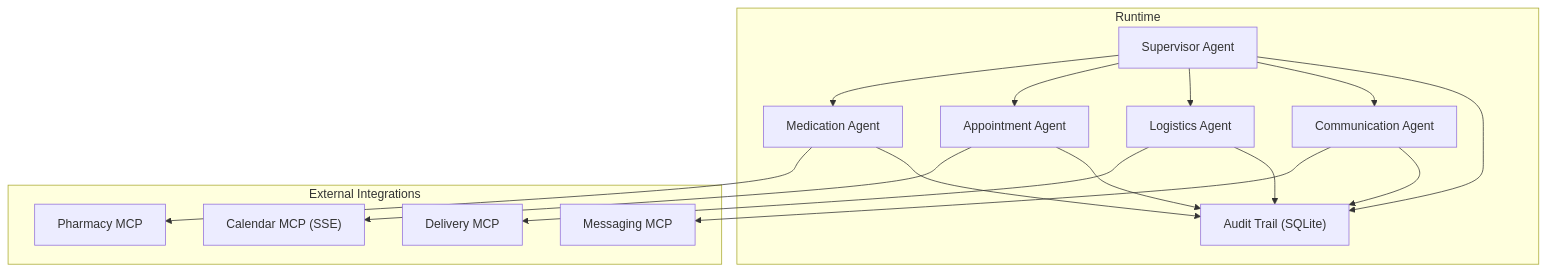
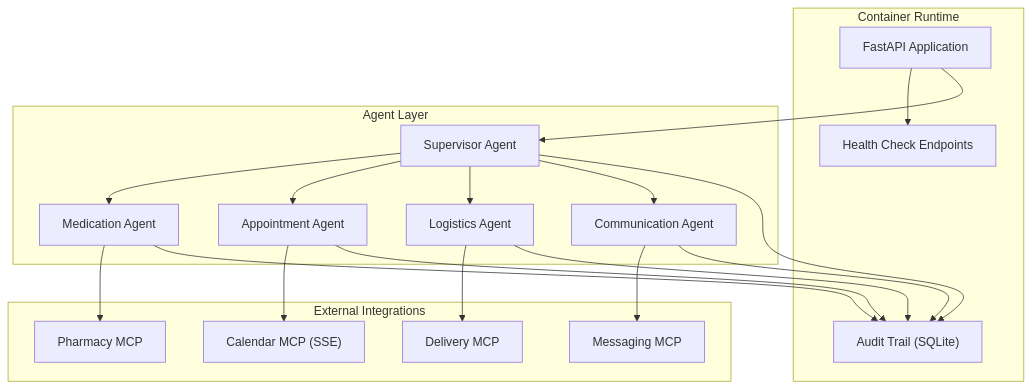
One commit to infamous-rebel/CareBridge changed the second of 4 diagrams in .qoder/repowiki/en/content/Deployment Guide.md. Above: the diagram before and after it, drawn with Mermaid. The commit also changed other lines of this file and 12 other files, not shown here.

````diff
--- a/.qoder/repowiki/en/content/Deployment Guide.md
+++ b/.qoder/repowiki/en/content/Deployment Guide.md
@@ -83,30 +103,36 @@
 ```mermaid
 flowchart TB
-subgraph "Runtime"
+subgraph "Container Runtime"
+APP["FastAPI Application"]
+HEALTH["Health Check Endpoints"]
+AUD["Audit Trail (SQLite)"]
+end
+subgraph "Agent Layer"
 SUP["Supervisor Agent"]
 MED["Medication Agent"]
 APT["Appointment Agent"]
 LOG["Logistics Agent"]
 COM["Communication Agent"]
-AUD["Audit Trail (SQLite)"]
 end
 subgraph "External Integrations"
 PHAR["Pharmacy MCP"]
 MSG["Messaging MCP"]
 DEL["Delivery MCP"]
 CAL["Calendar MCP (SSE)"]
 end
+APP --> HEALTH
+APP --> SUP
 SUP --> MED
 SUP --> APT
 SUP --> LOG
 SUP --> COM
 MED --> PHAR
 APT --> CAL
 LOG --> DEL
 COM --> MSG
 SUP --> AUD
 MED --> AUD
 APT --> AUD
 LOG --> AUD
 COM --> AUD
 ```
````
